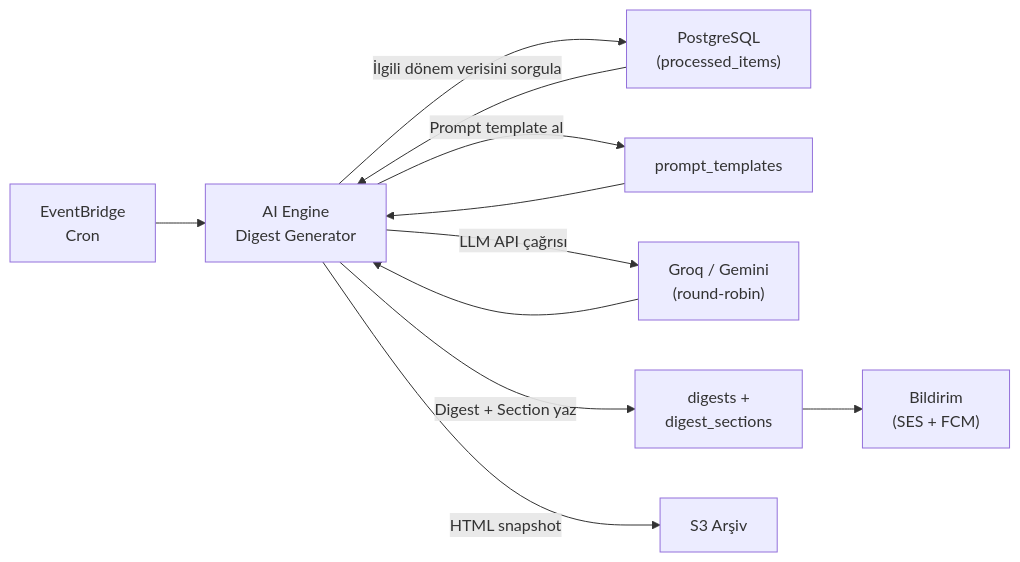
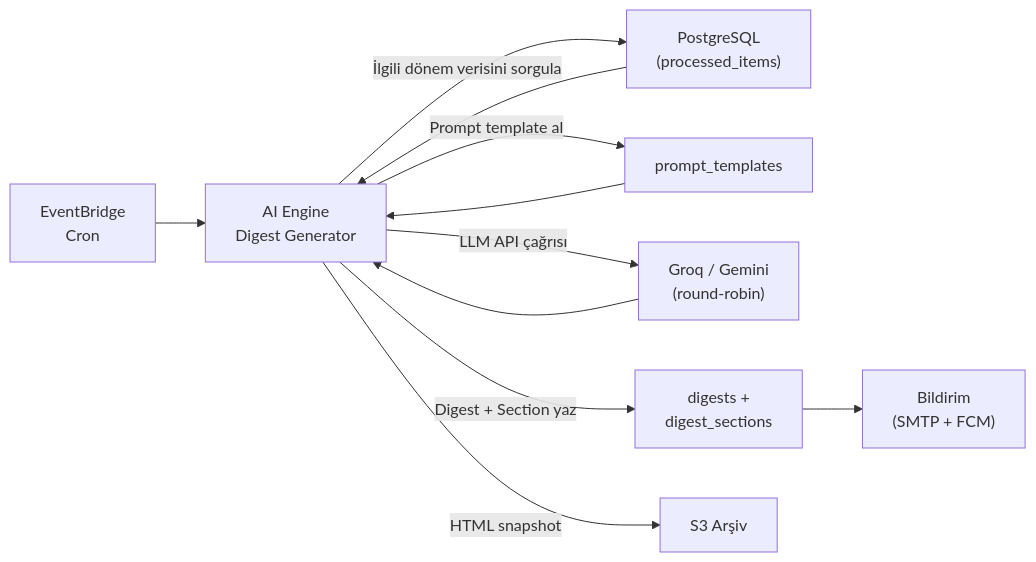
Before and after one commit to semihdilekci/executivemonitoring: the seventh of 8 diagrams in Docs/01_DOMAIN_MODEL.md, drawn with Mermaid. The commit also changed other lines of this file and 77 other files, not shown here.

````diff
--- a/Docs/01_DOMAIN_MODEL.md
+++ b/Docs/01_DOMAIN_MODEL.md
@@ -664,13 +664,13 @@
 ```mermaid
 flowchart LR
     CRON["EventBridge\nCron"] --> ENGINE["AI Engine\nDigest Generator"]
     ENGINE --> |"İlgili dönem verisini sorgula"| DB["PostgreSQL\n(processed_items)"]
     DB --> ENGINE
     ENGINE --> |"Prompt template al"| PT["prompt_templates"]
     PT --> ENGINE
     ENGINE --> |"LLM API çağrısı"| LLM["Groq / Gemini\n(round-robin)"]
     LLM --> ENGINE
     ENGINE --> |"Digest + Section yaz"| DIG["digests +\ndigest_sections"]
     ENGINE --> |"HTML snapshot"| S3["S3 Arşiv"]
-    DIG --> NOTIFY["Bildirim\n(SES + FCM)"]
+    DIG --> NOTIFY["Bildirim\n(SMTP + FCM)"]
 ```
````
